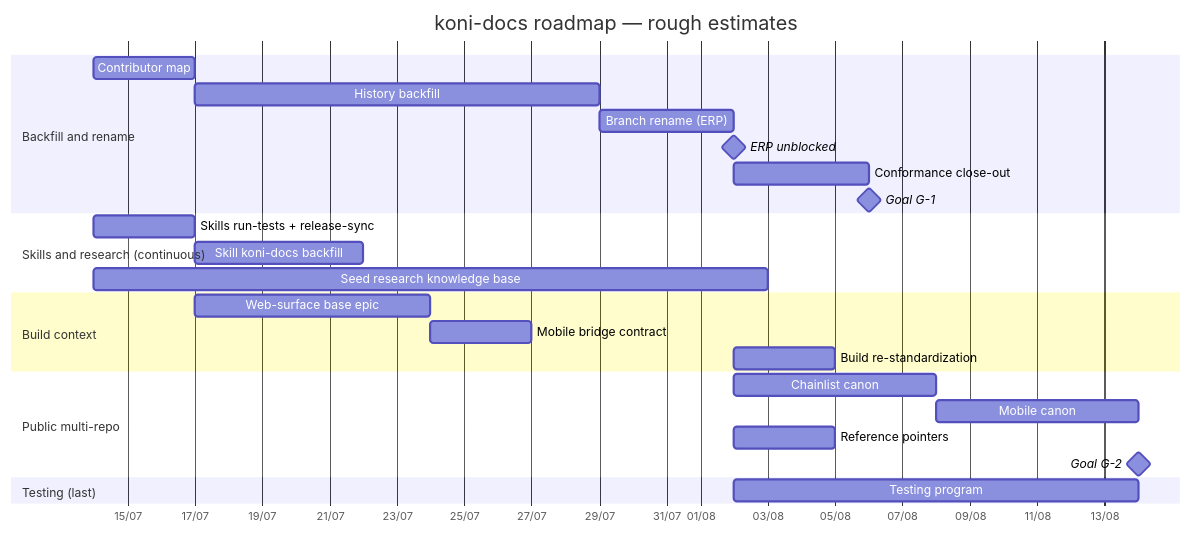
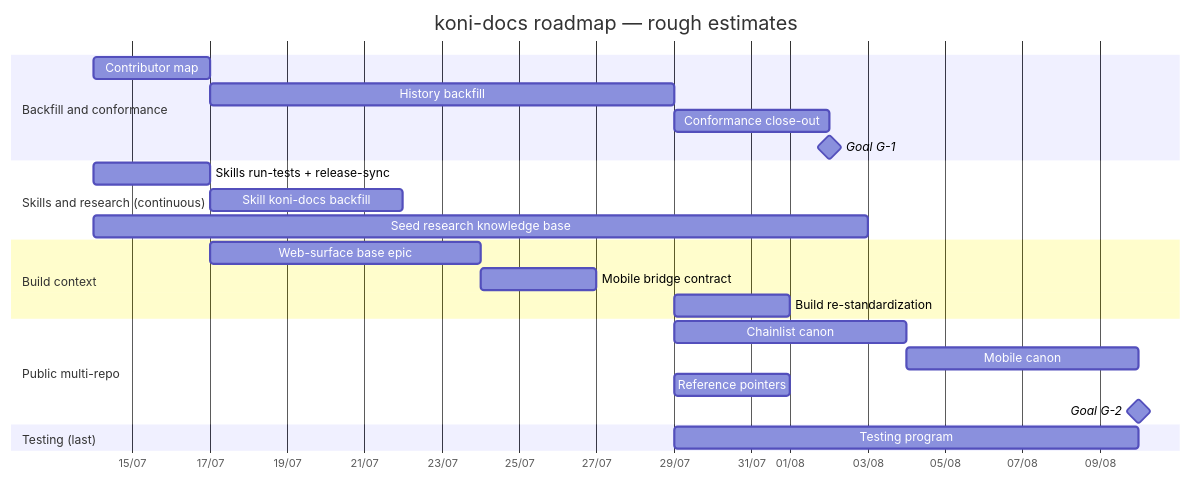
The third of 3 diagrams in docs/notes/2026-07-09.md (Koniverse/SubWallet-Extension), drawn with Mermaid before and after one commit. The commit also changed other lines of this file, not shown here.

First line of the commit message:
docs: remove branch rename (master→main, subwallet-dev→dev) from roadmap plan

````diff
--- a/docs/notes/2026-07-09.md
+++ b/docs/notes/2026-07-09.md
@@ -272,34 +232,32 @@
 ```mermaid
 gantt
     title koni-docs roadmap — rough estimates
     dateFormat YYYY-MM-DD
     axisFormat %d/%m
     todayMarker off
 
-    section Backfill and rename
+    section Backfill and conformance
     Contributor map          :a, 2026-07-14, 3d
     History backfill         :b, after a, 12d
-    Branch rename (ERP)      :l1, after b, 4d
-    ERP unblocked            :milestone, mE, after l1, 0d
-    Conformance close-out    :c, after l1, 4d
+    Conformance close-out    :c, after b, 4d
     Goal G-1                 :milestone, m1, after c, 0d
 
     section Skills and research (continuous)
     Skills run-tests + release-sync :h1, 2026-07-14, 3d
     Skill koni-docs backfill        :h2, after a, 5d
     Seed research knowledge base    :j1, 2026-07-14, 20d
 
     section Build context
     Web-surface base epic    :d, after a, 7d
     Mobile bridge contract   :e, after d, 3d
-    Build re-standardization :l2, after l1, 3d
+    Build re-standardization :l2, after b, 3d
 
     section Public multi-repo
-    Chainlist canon          :i1a, after l1, 6d
+    Chainlist canon          :i1a, after b, 6d
     Mobile canon             :i1b, after i1a, 6d
-    Reference pointers       :i2, after l1, 3d
+    Reference pointers       :i2, after b, 3d
     Goal G-2                 :milestone, m2, after i1b, 0d
 
     section Testing (last)
-    Testing program          :g, after l1, 12d
+    Testing program          :g, after b, 12d
 ```
````
